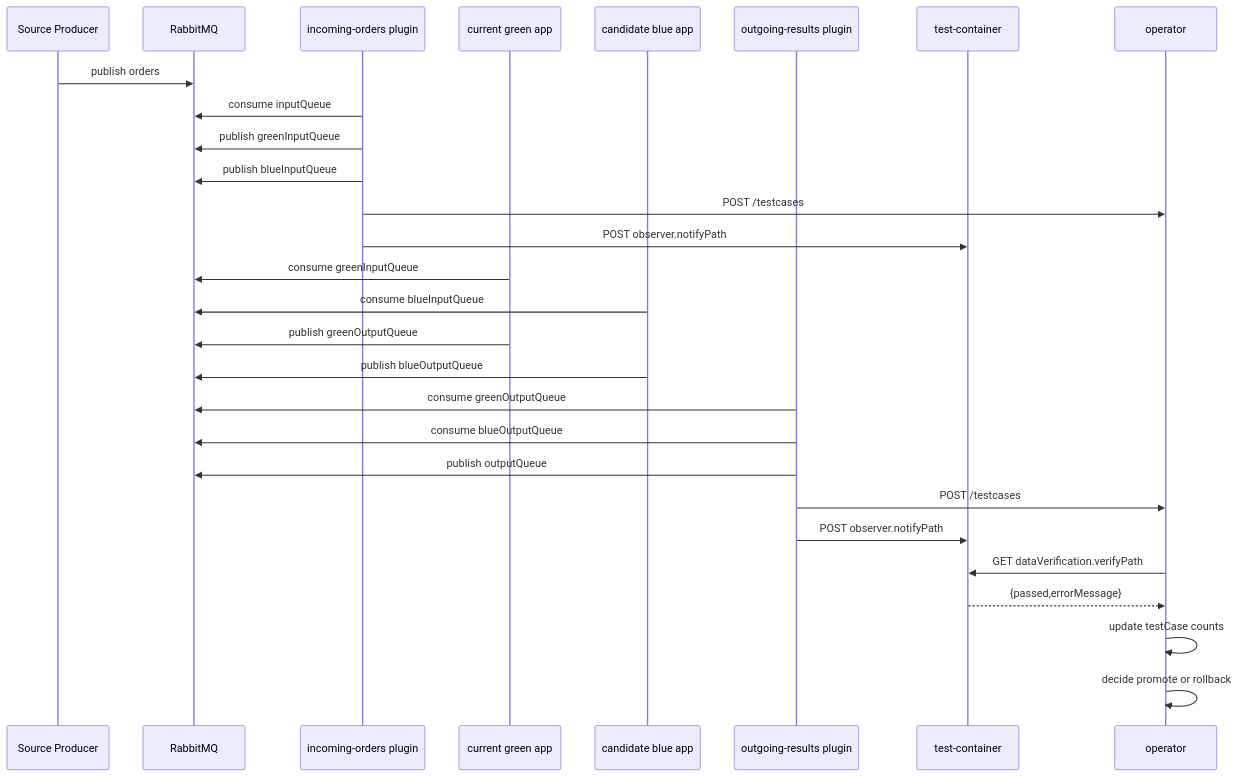
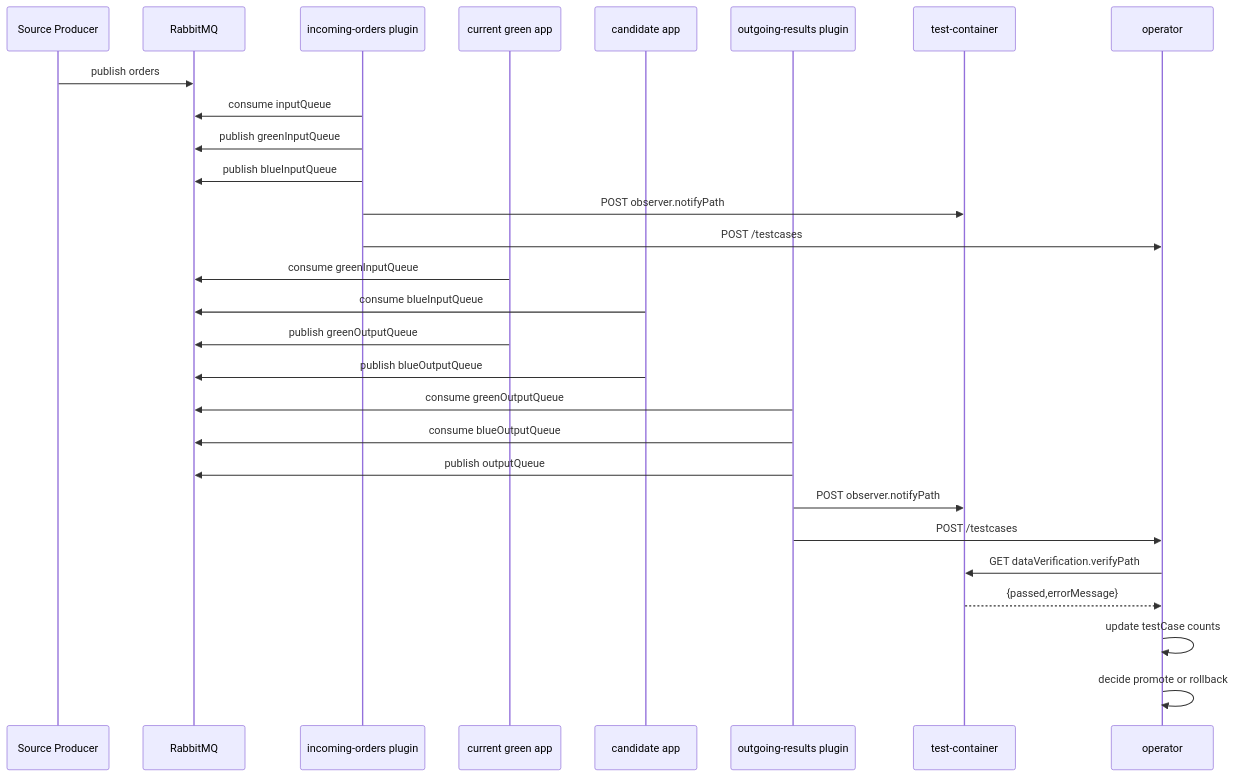
One commit to dlahmad/fluidbgoperator changed the third of 5 diagrams in docs/reference/plugin-interface.md. Above: the diagram before and after it, drawn with Mermaid. The commit also changed other lines of this file and 70 other files, not shown here.

````diff
--- a/docs/reference/plugin-interface.md
+++ b/docs/reference/plugin-interface.md
@@ -397,34 +440,34 @@
 ```mermaid
 sequenceDiagram
     participant Src as Source Producer
     participant MQ as RabbitMQ
     participant In as incoming-orders plugin
     participant G as current green app
-    participant B as candidate blue app
+    participant B as candidate app
     participant Out as outgoing-results plugin
     participant T as test-container
     participant O as operator
 
     Src->>MQ: publish orders
     In->>MQ: consume inputQueue
     In->>MQ: publish greenInputQueue
     In->>MQ: publish blueInputQueue
+    In->>T: POST observer.notifyPath
     In->>O: POST /testcases
-    In->>T: POST observer.notifyPath
 
     G->>MQ: consume greenInputQueue
     B->>MQ: consume blueInputQueue
     G->>MQ: publish greenOutputQueue
     B->>MQ: publish blueOutputQueue
 
     Out->>MQ: consume greenOutputQueue
     Out->>MQ: consume blueOutputQueue
     Out->>MQ: publish outputQueue
+    Out->>T: POST observer.notifyPath
     Out->>O: POST /testcases
-    Out->>T: POST observer.notifyPath
 
     O->>T: GET dataVerification.verifyPath
     T-->>O: {passed,errorMessage}
     O->>O: update testCase counts
     O->>O: decide promote or rollback
 ```
````
